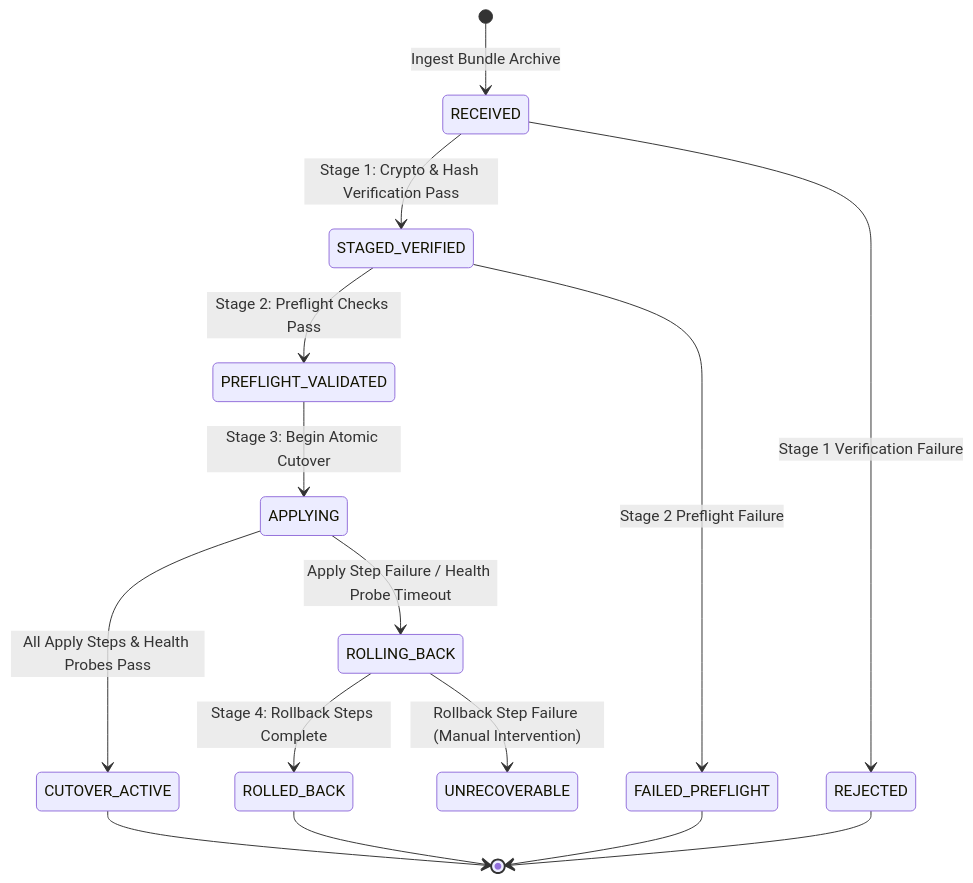
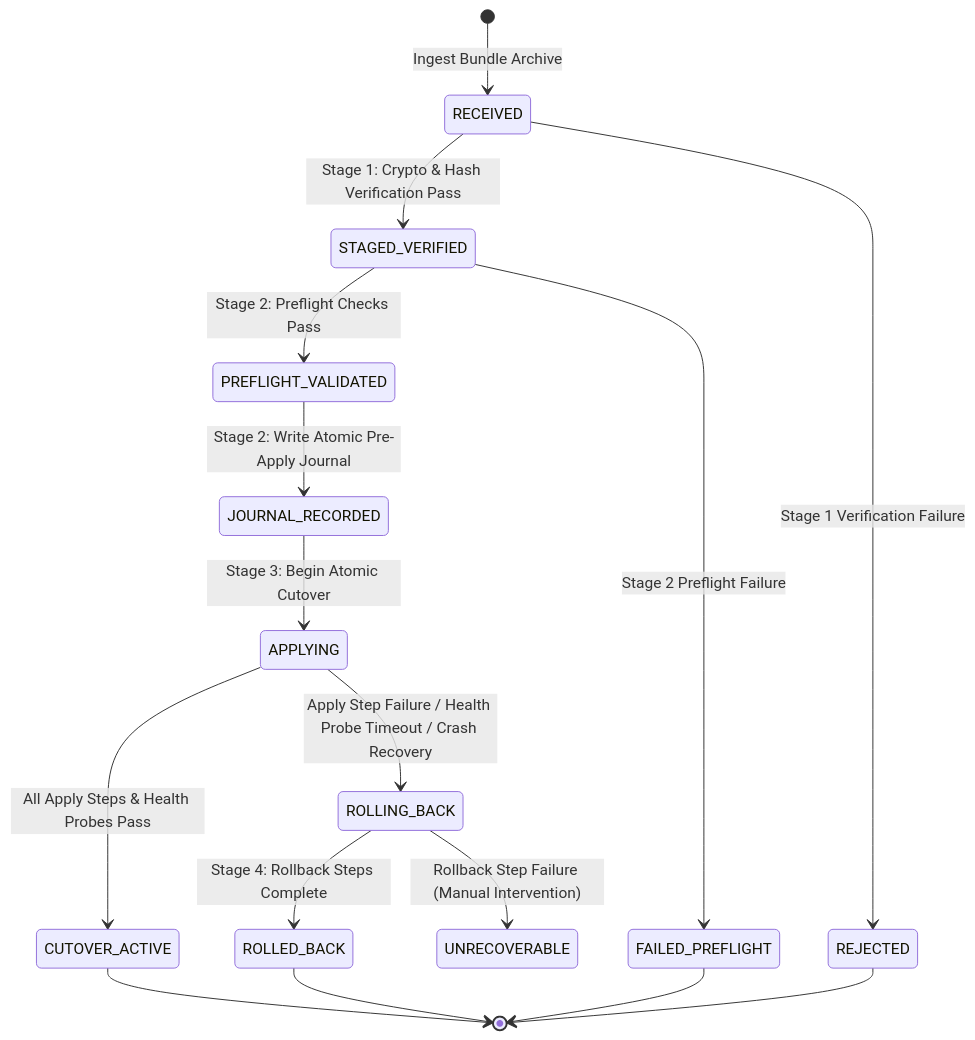
One commit to hoangclinh/cybrik-suite changed the third of 3 diagrams in contracts/lifecycle/CYBRIK-OFFLINE-INSTALL-UPDATE-V1-SPECIFICATION.md. Above: the diagram before and after it, drawn with Mermaid. The commit also changed other lines of this file and 8 other files, not shown here.

Commit message:
docs(contracts): close offline install cryptographic signature profile, archive safety, and crash-atomic journaling for OPEN-1

````diff
--- a/contracts/lifecycle/CYBRIK-OFFLINE-INSTALL-UPDATE-V1-SPECIFICATION.md
+++ b/contracts/lifecycle/CYBRIK-OFFLINE-INSTALL-UPDATE-V1-SPECIFICATION.md
@@ -230,17 +254,18 @@
 ```mermaid
 stateDiagram-v2
     [*] --> RECEIVED: Ingest Bundle Archive
     RECEIVED --> STAGED_VERIFIED: Stage 1: Crypto & Hash Verification Pass
     RECEIVED --> REJECTED: Stage 1 Verification Failure
     STAGED_VERIFIED --> PREFLIGHT_VALIDATED: Stage 2: Preflight Checks Pass
     STAGED_VERIFIED --> FAILED_PREFLIGHT: Stage 2 Preflight Failure
-    PREFLIGHT_VALIDATED --> APPLYING: Stage 3: Begin Atomic Cutover
+    PREFLIGHT_VALIDATED --> JOURNAL_RECORDED: Stage 2: Write Atomic Pre-Apply Journal
+    JOURNAL_RECORDED --> APPLYING: Stage 3: Begin Atomic Cutover
     APPLYING --> CUTOVER_ACTIVE: All Apply Steps & Health Probes Pass
-    APPLYING --> ROLLING_BACK: Apply Step Failure / Health Probe Timeout
+    APPLYING --> ROLLING_BACK: Apply Step Failure / Health Probe Timeout / Crash Recovery
     ROLLING_BACK --> ROLLED_BACK: Stage 4: Rollback Steps Complete
     ROLLING_BACK --> UNRECOVERABLE: Rollback Step Failure (Manual Intervention)
     CUTOVER_ACTIVE --> [*]
     REJECTED --> [*]
     FAILED_PREFLIGHT --> [*]
     ROLLED_BACK --> [*]
 ```
````
